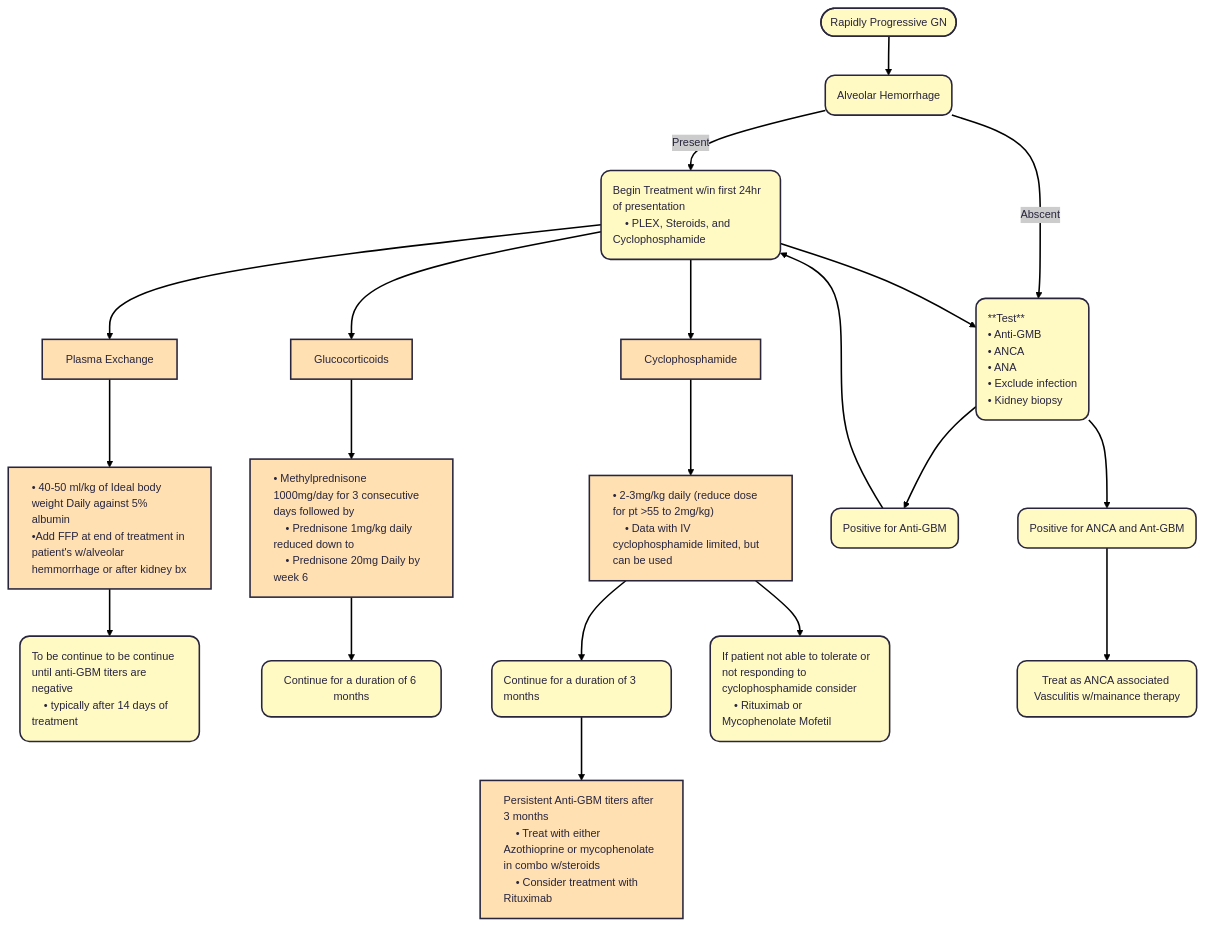
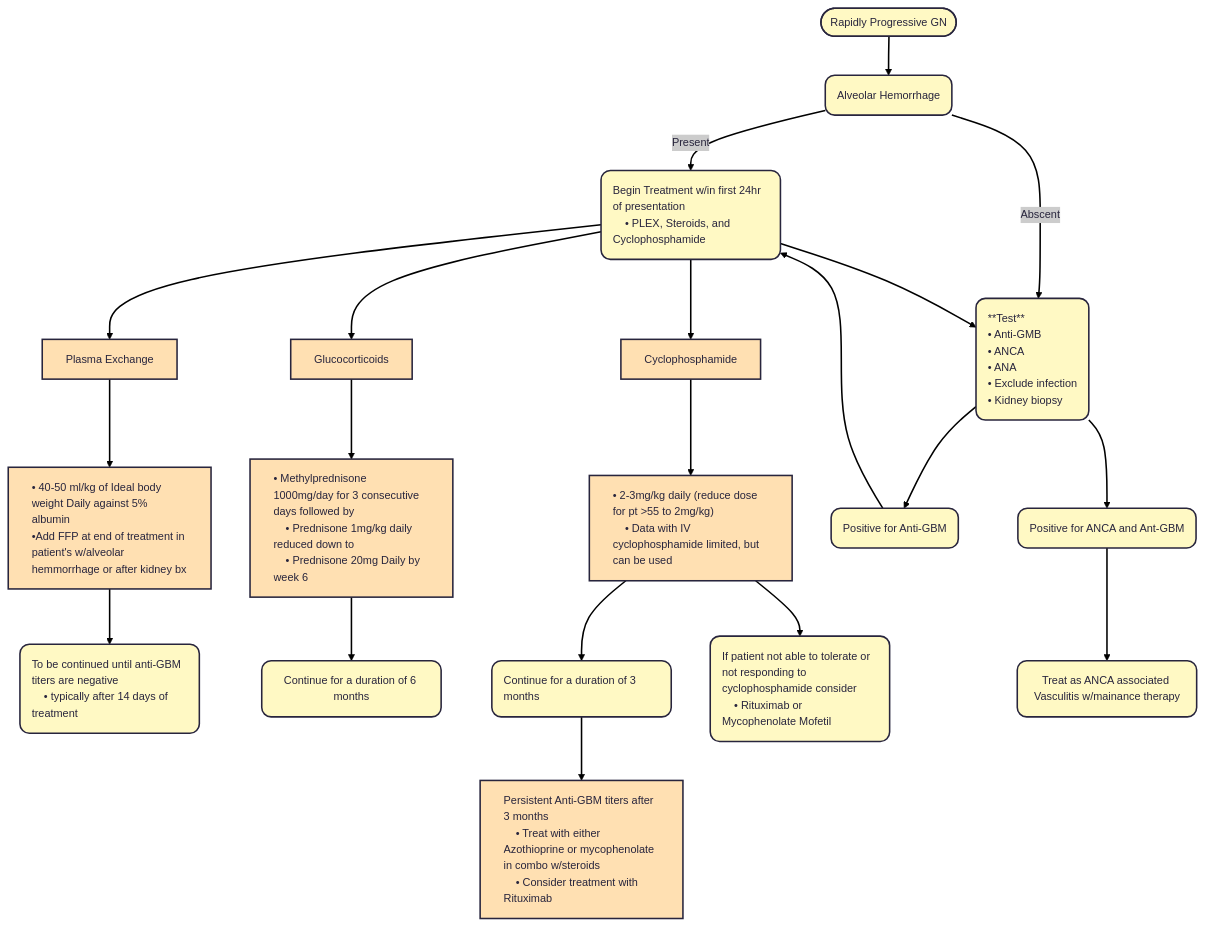
The diagram in docs/Anti-GBM.md (TTUNEPH2025/GN), drawn with Mermaid before and after one commit.

````diff
--- a/docs/Anti-GBM.md
+++ b/docs/Anti-GBM.md
@@ -37,63 +37,63 @@
 ```mermaid
 ---
 config:
   theme: redux
 ---
 flowchart TD
     A(["Rapidly Progressive GN"]) --> n2["Alveolar Hemorrhage"]
     n2 -- Present --> n3["Begin Treatment w/in first 24hr of presentation
     • PLEX, Steroids, and Cyclophosphamide"]
     n2 -- Abscent --> n4["**Test**
     • Anti-GMB 
     • ANCA
     • ANA
     • Exclude infection
     • Kidney biopsy"]
     n3 --> n5["Plasma Exchange"] & n6["Glucocorticoids"] & n7["Cyclophosphamide"] & n4
     n5 --> n8@{ label: "• 40-50 ml/kg of Ideal body weight Daily against 5% albumin\n    •Add FFP at end of treatment in patient's w/alveolar hemmorrhage or after kidney bx" }
     n6 --> n9["• Methylprednisone 1000mg/day for 3 consecutive days followed by
     • Prednisone 1mg/kg daily reduced down to
     • Prednisone 20mg Daily by week 6"]
     n7 --> n10["• 2-3mg/kg daily (reduce dose for pt >55 to 2mg/kg)
     • Data with IV cyclophosphamide limited, but can be used"]
-    n8 --> n11["To be continue to be continue until anti-GBM titers are negative
+    n8 --> n11["To be continued until anti-GBM titers are negative
     • typically after 14 days of treatment"]
     n9 --> n12["Continue for a duration of 6 months"]
     n10 --> n13["Continue for a duration of 3 months"] & n14["If patient not able to tolerate or not responding to cyclophosphamide consider
     • Rituximab or Mycophenolate Mofetil"]
     n13 --> n15["Persistent Anti-GBM titers after 3 months
     • Treat with either Azothioprine or mycophenolate in combo w/steroids
     • Consider treatment with Rituximab"]
     n4 --> n16["Positive for Anti-GBM"] & n17["Positive for ANCA and Ant-GBM"]
     n16 --> n3
     n17 --> n18["Treat as ANCA associated Vasculitis w/mainance therapy"]
     n2@{ shape: rounded}
     n3@{ shape: rounded}
     n4@{ shape: rounded}
     n8@{ shape: rect}
     n11@{ shape: rounded}
     n12@{ shape: rounded}
     n13@{ shape: rounded}
     n14@{ shape: rounded}
     n16@{ shape: rounded}
     n17@{ shape: rounded}
     n18@{ shape: rounded}
     style A fill:#FFF9C4
     style n2 fill:#FFF9C4
     style n3 fill:#FFF9C4,text-align:left
     style n4 fill:#FFF9C4,text-align:left
     style n5 fill:#FFE0B2
     style n6 fill:#FFE0B2
     style n7 fill:#FFE0B2
     style n8 fill:#FFE0B2,text-align:left
     style n9 fill:#FFE0B2,text-align:left
     style n10 fill:#FFE0B2,text-align:left
     style n11 fill:#FFF9C4,text-align:left
     style n12 fill:#FFF9C4
     style n13 fill:#FFF9C4,text-align:left
     style n14 fill:#FFF9C4,text-align:left
     style n15 fill:#FFE0B2,text-align:left
     style n16 fill:#FFF9C4
     style n17 fill:#FFF9C4
     style n18 fill:#FFF9C4
 ```
````
